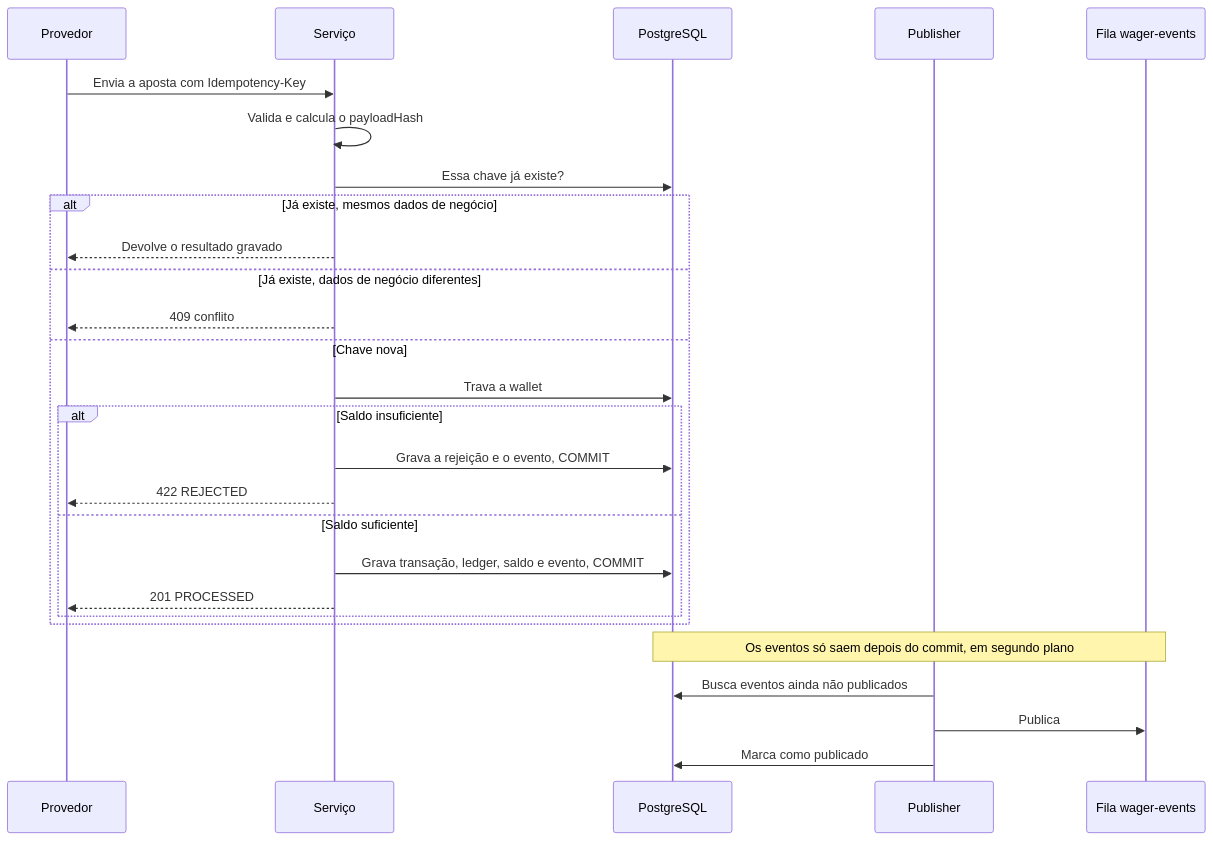
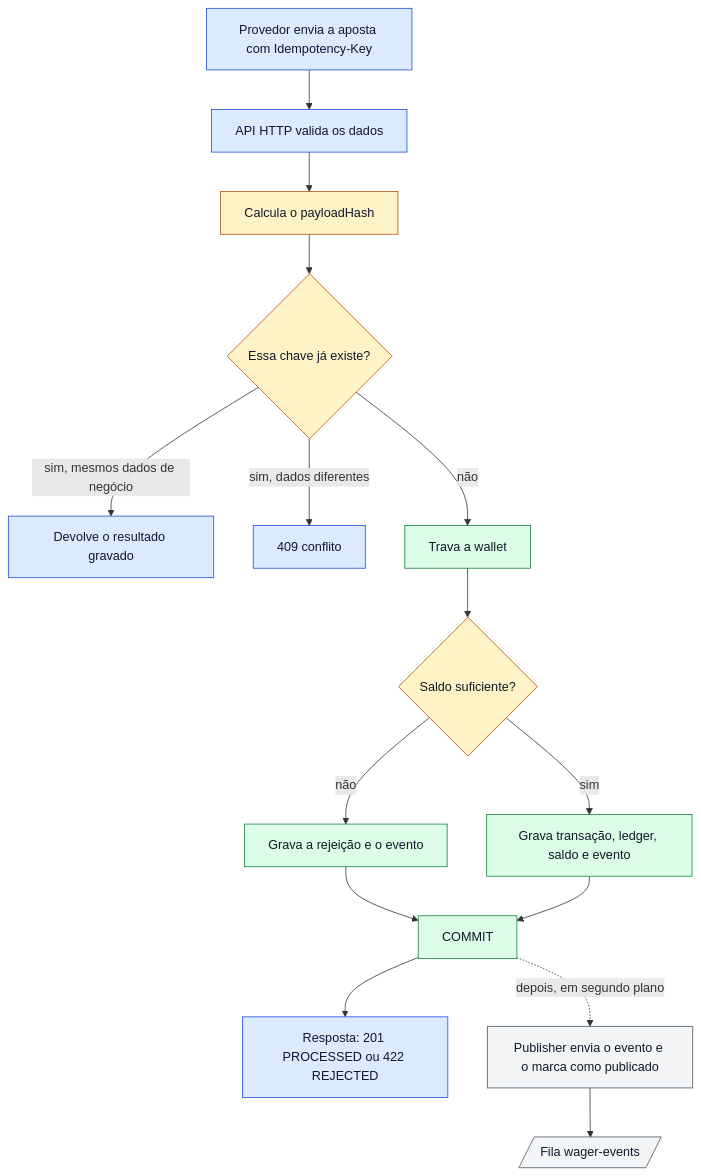
Before and after one commit to JaoV1ctor/teste-wagering-processor-: the second of 3 diagrams in README.md, drawn with Mermaid. The commit also changed other lines of this file, not shown here.

Commit message:
docs(readme): os tres diagramas com o mesmo visual

````diff
--- a/README.md
+++ b/README.md
@@ -181,32 +181,30 @@
 ```mermaid
-sequenceDiagram
-    participant P as Provedor
-    participant S as Serviço
-    participant DB as PostgreSQL
-    participant PUB as Publisher
-    participant Q as Fila wager-events
+flowchart TD
+    provider["Provedor envia a aposta com Idempotency-Key"] --> api["API HTTP valida os dados"]
+    api --> hash["Calcula o payloadHash"]
+    hash --> key{"Essa chave já existe?"}
 
-    P->>S: Envia a aposta com Idempotency-Key
-    S->>S: Valida e calcula o payloadHash
-    S->>DB: Essa chave já existe?
+    key -->|"sim, mesmos dados de negócio"| replay["Devolve o resultado gravado"]
+    key -->|"sim, dados diferentes"| conflict["409 conflito"]
+    key -->|"não"| lock["Trava a wallet"]
 
-    alt Já existe, mesmos dados de negócio
-        S-->>P: Devolve o resultado gravado
-    else Já existe, dados de negócio diferentes
-        S-->>P: 409 conflito
-    else Chave nova
-        S->>DB: Trava a wallet
-        alt Saldo insuficiente
-            S->>DB: Grava a rejeição e o evento, COMMIT
-            S-->>P: 422 REJECTED
-        else Saldo suficiente
-            S->>DB: Grava transação, ledger, saldo e evento, COMMIT
-            S-->>P: 201 PROCESSED
-        end
-    end
+    lock --> balance{"Saldo suficiente?"}
+    balance -->|"não"| rejected["Grava a rejeição e o evento"]
+    balance -->|"sim"| processed["Grava transação, ledger, saldo e evento"]
 
-    Note over DB,Q: Os eventos só saem depois do commit, em segundo plano
-    PUB->>DB: Busca eventos ainda não publicados
-    PUB->>Q: Publica
-    PUB->>DB: Marca como publicado
+    rejected --> commit["COMMIT"]
+    processed --> commit
+
+    commit --> answer["Resposta: 201 PROCESSED ou 422 REJECTED"]
+    commit -.->|"depois, em segundo plano"| publisher["Publisher envia o evento e o marca como publicado"]
+    publisher --> events[/"Fila wager-events"/]
+
+    classDef entrada fill:#dbeafe,stroke:#1d4ed8,color:#111827
+    classDef regra fill:#fef3c7,stroke:#b45309,color:#111827
+    classDef banco fill:#dcfce7,stroke:#15803d,color:#111827
+    classDef fundo fill:#f3f4f6,stroke:#4b5563,color:#111827
+    class provider,api,replay,conflict,answer entrada
+    class hash,key,balance regra
+    class lock,rejected,processed,commit banco
+    class publisher,events fundo
 ```
````
